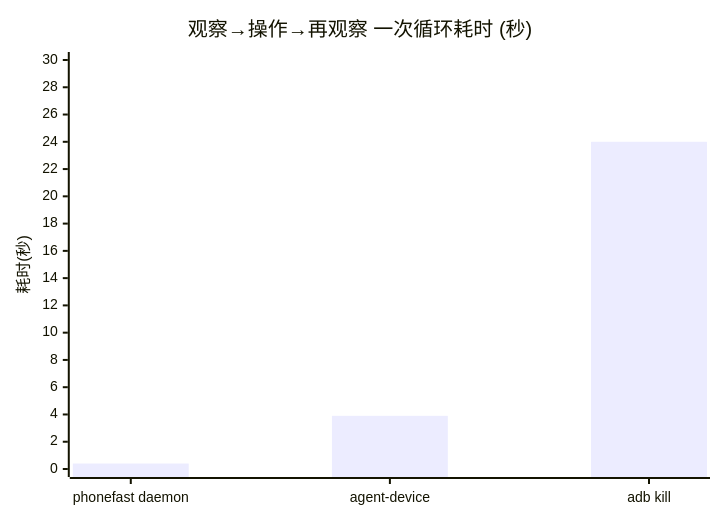
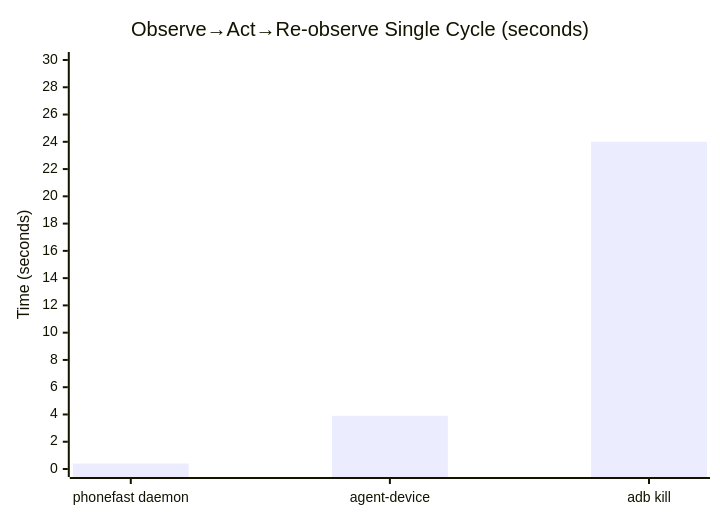
Before and after one commit to gezihua123/phonefast: the fourth of 10 diagrams in docs/phonefast.md, drawn with Mermaid. The commit also changed other lines of this file and 11 other files, not shown here.

````diff
--- a/docs/phonefast.md
+++ b/docs/phonefast.md
@@ -147,7 +149,7 @@
 ```mermaid
 xychart-beta
-    title "观察→操作→再观察 一次循环耗时 (秒)"
+    title "Observe→Act→Re-observe Single Cycle (seconds)"
     x-axis ["phonefast daemon", "agent-device", "adb kill"]
-    y-axis "耗时(秒)" 0 --> 30
+    y-axis "Time (seconds)" 0 --> 30
     bar [0.4, 3.9, 24.0]
 ```
````
